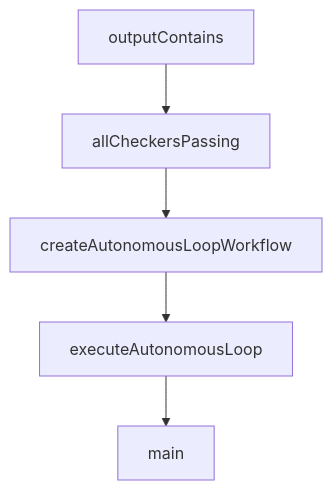
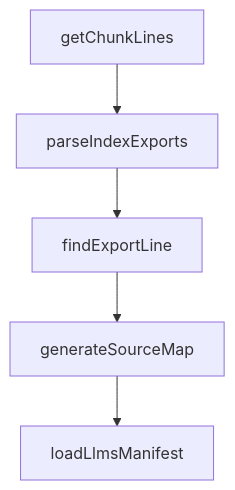
The diagram in tutorials/mastra-tutorial/07-evals-observability-and-quality.md (johnxie/awesome-code-docs), drawn with Mermaid before and after one commit. The commit also changed other lines of this file and 1232 other files, not shown here.

````diff
--- a/tutorials/mastra-tutorial/07-evals-observability-and-quality.md
+++ b/tutorials/mastra-tutorial/07-evals-observability-and-quality.md
@@ -214,12 +212,12 @@
 ```mermaid
 flowchart TD
-    A[outputContains]
-    B[allCheckersPassing]
-    C[createAutonomousLoopWorkflow]
-    D[executeAutonomousLoop]
-    E[main]
+    A[getChunkLines]
+    B[parseIndexExports]
+    C[findExportLine]
+    D[generateSourceMap]
+    E[loadLlmsManifest]
     A --> B
     B --> C
     C --> D
     D --> E
 ```
````
